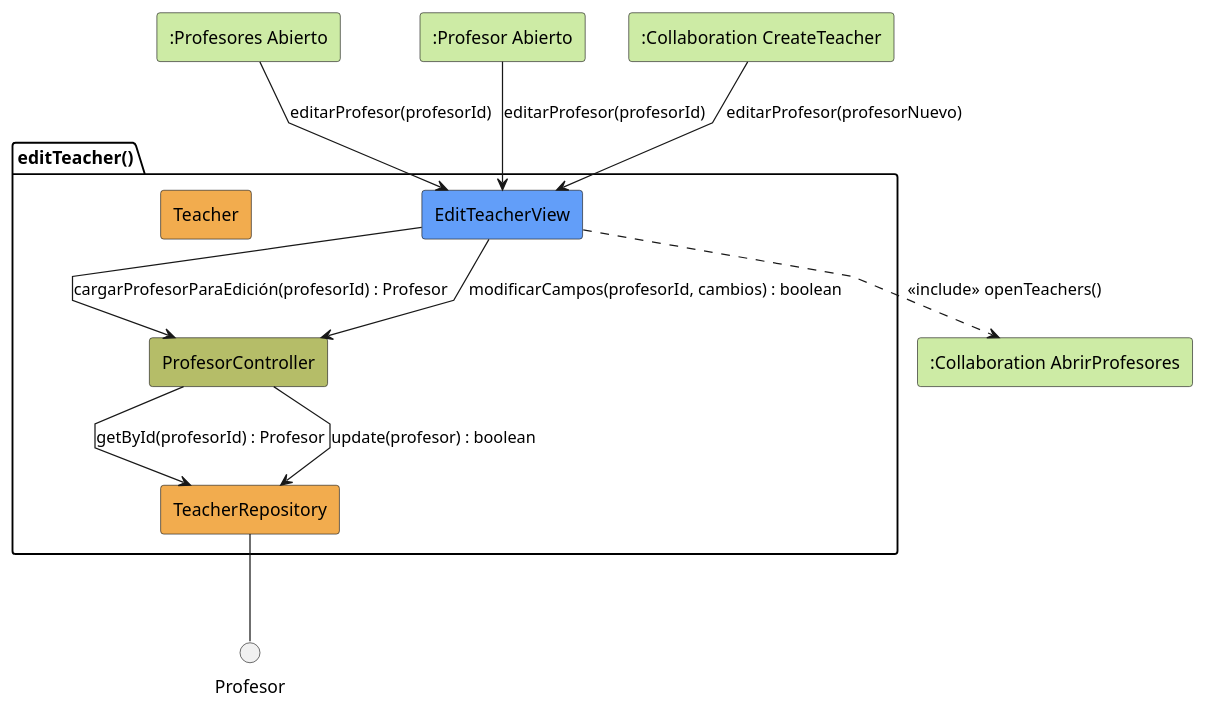
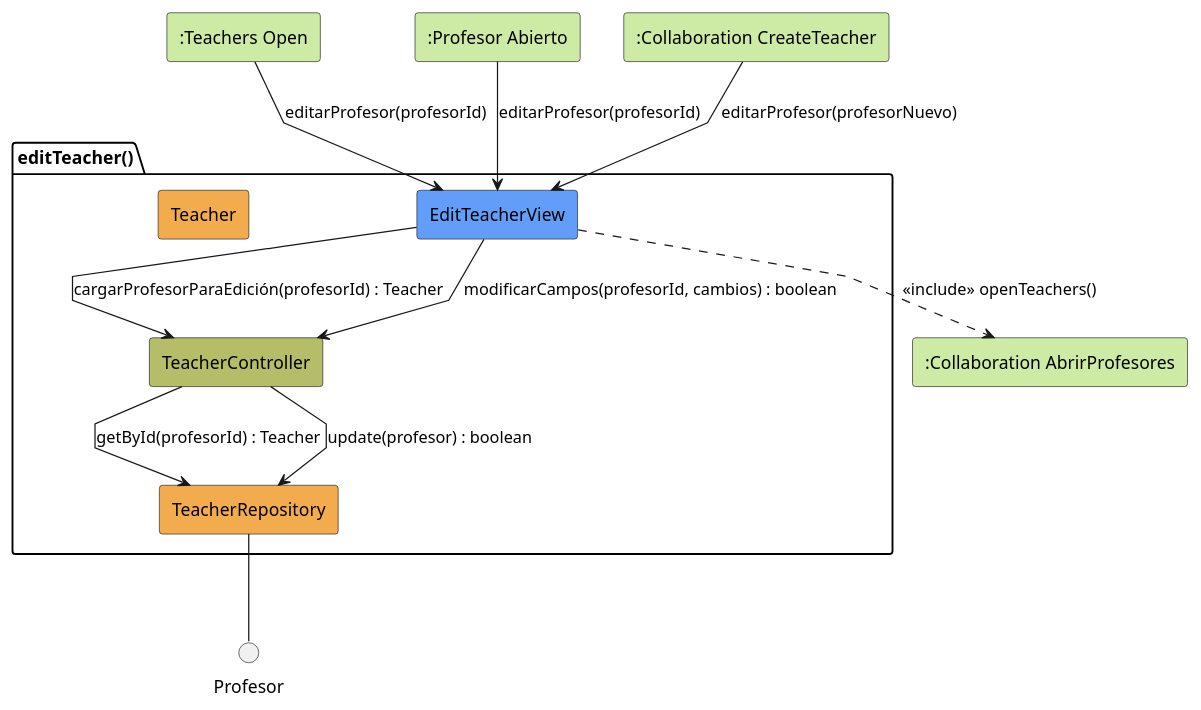
The diagram in RUP/01-analisis/casos-uso/editarProfesor/colaboracion.puml (mmasias/pySigHor), drawn with PlantUML before and after one commit. The commit also changed 34 other files, not shown here.

```diff
--- a/RUP/01-analisis/casos-uso/editarProfesor/colaboracion.puml
+++ b/RUP/01-analisis/casos-uso/editarProfesor/colaboracion.puml
@@ -1,32 +1,32 @@
 @startuml editTeacher-analysis
 skinparam linetype polyline
 
-rectangle #CDEBA5 ":Profesores Abierto" as ProfesoresAbierto
+rectangle #CDEBA5 ":Teachers Open" as TeachersOpen
 rectangle #CDEBA5 ":Profesor Abierto" as ProfesorAbierto
 rectangle #CDEBA5 ":Collaboration CreateTeacher" as CreateTeacher
 rectangle #CDEBA5 ":Collaboration AbrirProfesores" as AbrirProfesores
 
 package editTeacher as "editTeacher()" {
     rectangle #629EF9 EditTeacherView
-    rectangle #b5bd68 ProfesorController
+    rectangle #b5bd68 TeacherController
     rectangle #F2AC4E TeacherRepository
     rectangle #F2AC4E Teacher
 }
 
-ProfesoresAbierto --> EditTeacherView: editarProfesor(profesorId)
+TeachersOpen --> EditTeacherView: editarProfesor(profesorId)
 ProfesorAbierto --> EditTeacherView: editarProfesor(profesorId)
 CreateTeacher --> EditTeacherView: editarProfesor(profesorNuevo)
 
-EditTeacherView -d-> ProfesorController: cargarProfesorParaEdición(profesorId) : Profesor
+EditTeacherView -d-> TeacherController: cargarProfesorParaEdición(profesorId) : Teacher
 
-ProfesorController --> TeacherRepository: getById(profesorId) : Profesor
+TeacherController --> TeacherRepository: getById(profesorId) : Teacher
 
-EditTeacherView --> ProfesorController: modificarCampos(profesorId, cambios) : boolean
+EditTeacherView --> TeacherController: modificarCampos(profesorId, cambios) : boolean
 
-ProfesorController --> TeacherRepository: update(profesor) : boolean
+TeacherController --> TeacherRepository: update(profesor) : boolean
 
 TeacherRepository -- Profesor
 
 EditTeacherView ..> AbrirProfesores: <<include>> openTeachers()
 
 @enduml
```
